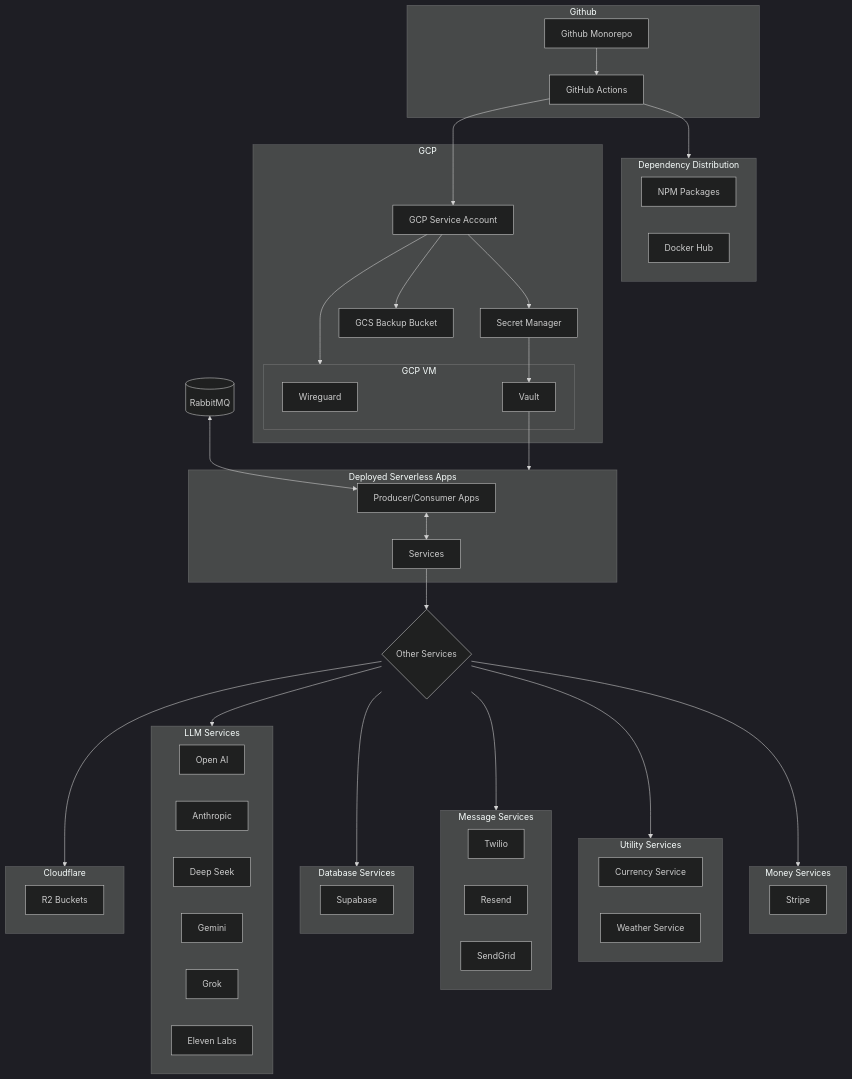
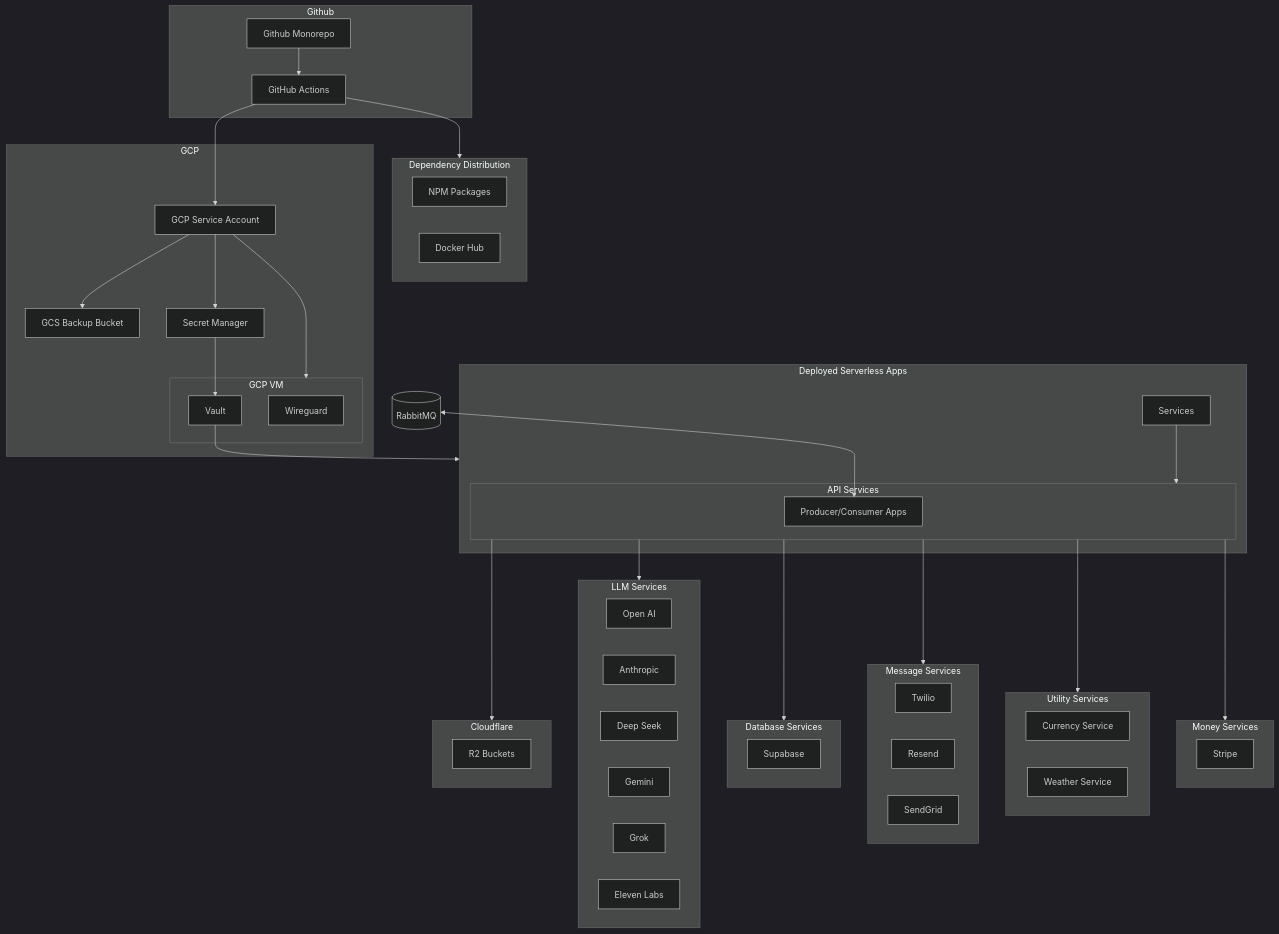
One commit to iamharryliu/vigilant-broccoli changed the second of 5 diagrams in docs/infrastructure/infrastructure.md. Above: the diagram before and after it, drawn with Mermaid (dark theme).

Commit message:
docs(notes): Update Markdown docs.

````diff
--- a/docs/infrastructure/infrastructure.md
+++ b/docs/infrastructure/infrastructure.md
@@ -54,9 +54,13 @@
 flowchart
 
 subgraph DEPLOYED_SERVERLESS_APPS[Deployed Serverless Apps]
-  PRODUCER_CONSUMER_APPS[Producer/Consumer Apps]
   DEPLOYED_SERVERLESS_SERVICES[Services]
+  subgraph API_SERVICES[API Services]
+    PRODUCER_CONSUMER_APPS[Producer/Consumer Apps]
+  end
+
 end
+
 
 subgraph GITHUB[Github]
   GITHUB_MONOREPO[Github Monorepo]
@@ -91,9 +95,8 @@
   R2[R2 Buckets]
 end
 
-  RABBITMQ[(RabbitMQ)]
+RABBITMQ[(RabbitMQ)]
 
-OTHER_SERVICES{Other Services}
 
 
 subgraph DB_SERVICES[Database Services]
@@ -127,17 +130,16 @@
 RABBITMQ<-->PRODUCER_CONSUMER_APPS[Producer/Consumer Apps]
 VAULT-->DEPLOYED_SERVERLESS_APPS
 
-PRODUCER_CONSUMER_APPS<-->DEPLOYED_SERVERLESS_SERVICES
-DEPLOYED_SERVERLESS_SERVICES-->OTHER_SERVICES
+DEPLOYED_SERVERLESS_SERVICES-->API_SERVICES
 
 GITHUB_ACTIONS-->DEPENDENCY_DISTRIBUTION
 GITHUB_ACTIONS-->GCP_SA
 
-OTHER_SERVICES-->CLOUDFLARE
-OTHER_SERVICES-->LLM_SERVICES
-OTHER_SERVICES-->DB_SERVICES
-OTHER_SERVICES-->MESSAGE_SERVICES
-OTHER_SERVICES-->UTILITY_SERVICES
-OTHER_SERVICES-->MONEY_SERVICES
+API_SERVICES-->CLOUDFLARE
+API_SERVICES-->LLM_SERVICES
+API_SERVICES-->DB_SERVICES
+API_SERVICES-->MESSAGE_SERVICES
+API_SERVICES-->UTILITY_SERVICES
+API_SERVICES-->MONEY_SERVICES
 
 ```
````
